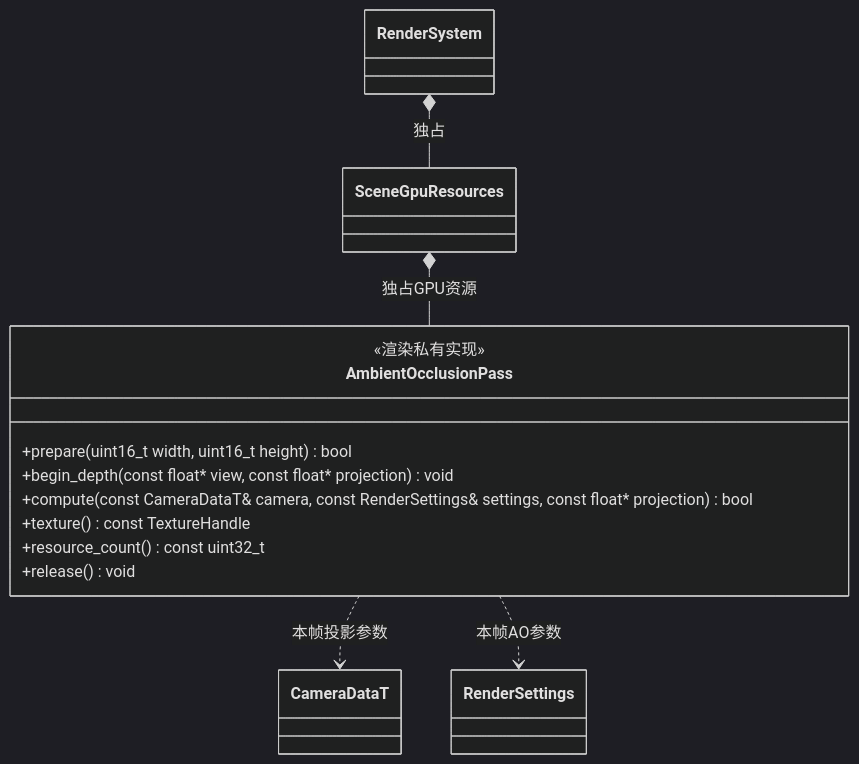
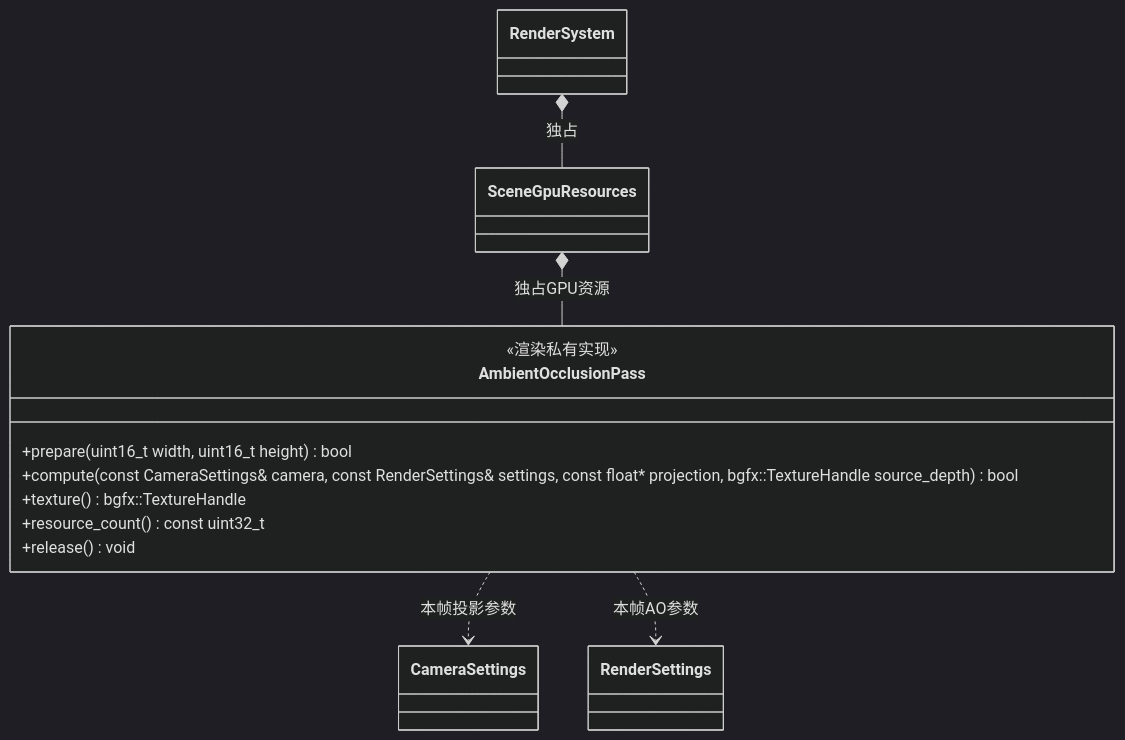
The seventh of 8 diagrams in docs/runtime/class-diagrams/render-system.md (lcals/Engine), drawn with Mermaid (dark theme) before and after one commit. The commit also changed other lines of this file and 222 other files, not shown here.

Commit message:
Consolidate editor asset imports and align architecture documentation

````diff
--- a/docs/runtime/class-diagrams/render-system.md
+++ b/docs/runtime/class-diagrams/render-system.md
@@ -519,20 +523,19 @@
 ```mermaid
 classDiagram
     class RenderSystem
     class RenderSettings
-    class CameraDataT
+    class CameraSettings
     class SceneGpuResources
     class AmbientOcclusionPass {
         <<渲染私有实现>>
         +prepare(uint16_t width, uint16_t height) bool
-        +begin_depth(const float* view, const float* projection) void
-        +compute(const CameraDataT& camera, const RenderSettings& settings, const float* projection) bool
-        +texture() const TextureHandle
+        +compute(const CameraSettings& camera, const RenderSettings& settings, const float* projection, bgfx::TextureHandle source_depth) bool
+        +texture() bgfx::TextureHandle
         +resource_count() const uint32_t
         +release() void
     }
     RenderSystem *-- SceneGpuResources : 独占
     SceneGpuResources *-- AmbientOcclusionPass : 独占GPU资源
-    AmbientOcclusionPass ..> CameraDataT : 本帧投影参数
+    AmbientOcclusionPass ..> CameraSettings : 本帧投影参数
     AmbientOcclusionPass ..> RenderSettings : 本帧AO参数
 ```
````
